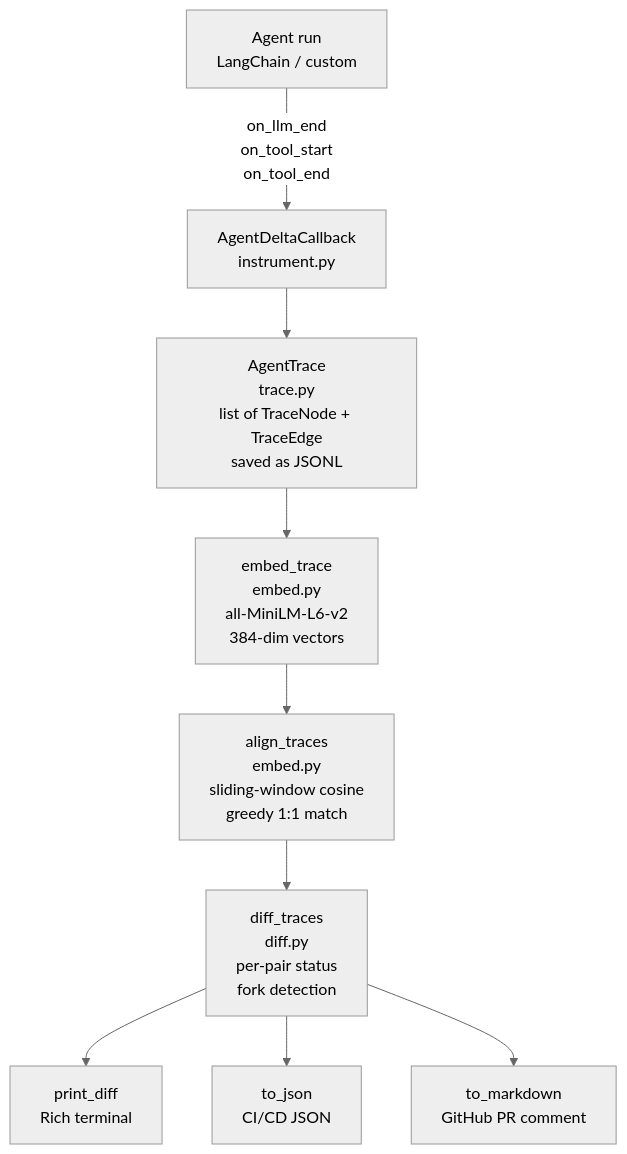
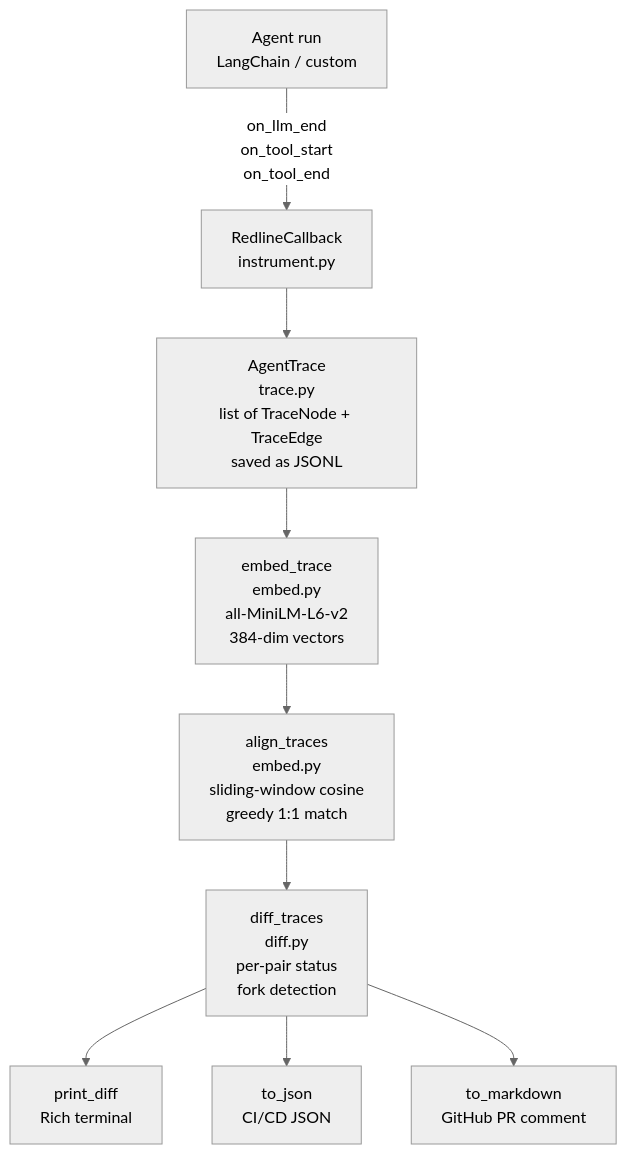
The diagram in docs/architecture.md (sandeep-alluru/agentdelta), drawn with Mermaid (neutral theme) before and after one commit. The commit also changed other lines of this file and 62 other files, not shown here.

````diff
--- a/docs/architecture.md
+++ b/docs/architecture.md
@@ -21,11 +21,11 @@
 ```mermaid
 flowchart TD
-    A[Agent run\nLangChain / custom] -->|on_llm_end\non_tool_start\non_tool_end| B[AgentDeltaCallback\ninstrument.py]
+    A[Agent run\nLangChain / custom] -->|on_llm_end\non_tool_start\non_tool_end| B[RedlineCallback\ninstrument.py]
     B --> C[AgentTrace\ntrace.py\nlist of TraceNode + TraceEdge\nsaved as JSONL]
     C --> D[embed_trace\nembed.py\nall-MiniLM-L6-v2\n384-dim vectors]
     D --> E[align_traces\nembed.py\nsliding-window cosine\ngreedy 1:1 match]
     E --> F[diff_traces\ndiff.py\nper-pair status\nfork detection]
     F --> G1[print_diff\nRich terminal]
     F --> G2[to_json\nCI/CD JSON]
     F --> G3[to_markdown\nGitHub PR comment]
 ```
````
